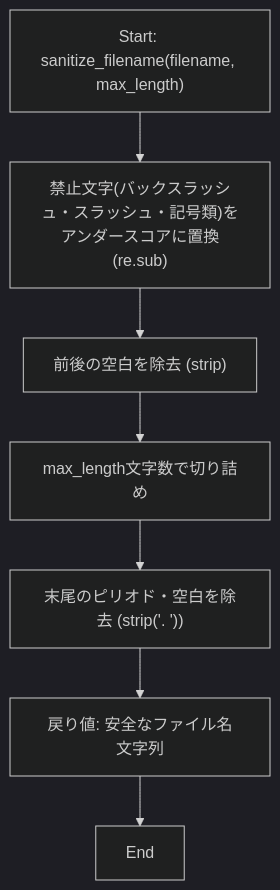
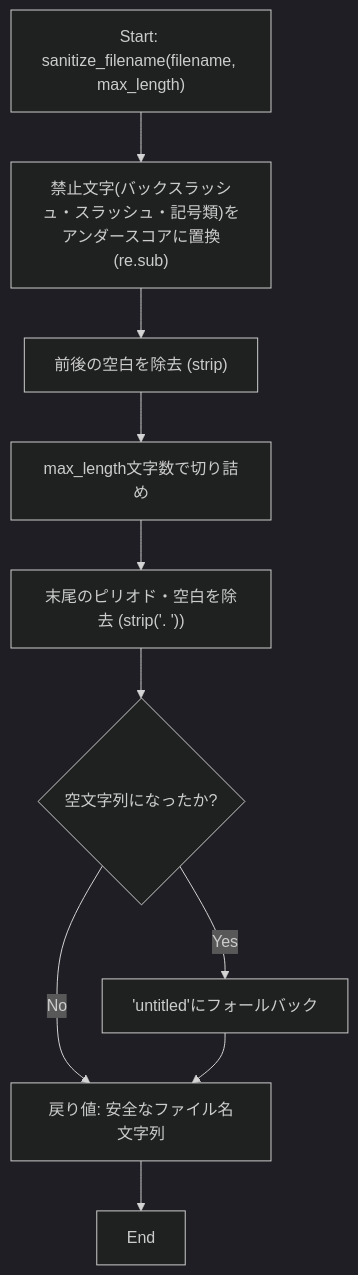
The first of 2 diagrams in docs/specifications/DDD/file_utils.md (mmtigers/my_python_project), drawn with Mermaid (dark theme) before and after one commit. The commit also changed other lines of this file and 10 other files, not shown here.

````diff
--- a/docs/specifications/DDD/file_utils.md
+++ b/docs/specifications/DDD/file_utils.md
@@ -61,9 +62,12 @@
 ```mermaid
 flowchart TD
     Start["Start: sanitize_filename(filename, max_length)"] --> Replace["禁止文字(バックスラッシュ・スラッシュ・記号類)をアンダースコアに置換<br>(re.sub)"]
     Replace --> Strip1["前後の空白を除去 (strip)"]
     Strip1 --> Truncate["max_length文字数で切り詰め"]
     Truncate --> Strip2["末尾のピリオド・空白を除去 (strip('. '))"]
-    Strip2 --> Return["戻り値: 安全なファイル名文字列"]
+    Strip2 --> EmptyCheck{"空文字列になったか?"}
+    EmptyCheck -- Yes --> Untitled["'untitled'にフォールバック"]
+    EmptyCheck -- No --> Return["戻り値: 安全なファイル名文字列"]
+    Untitled --> Return
     Return --> End["End"]
 ```
````
